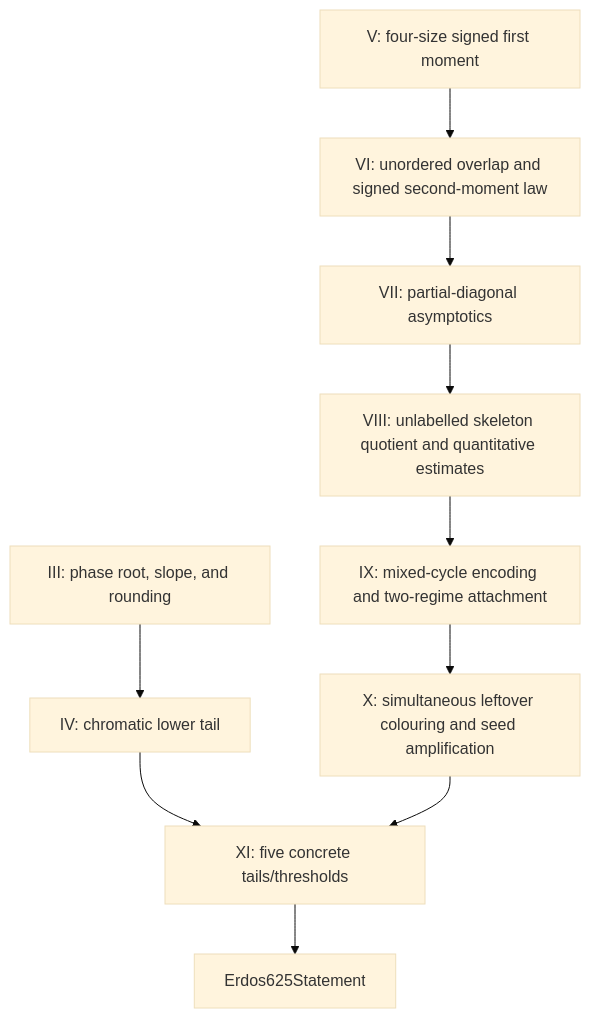
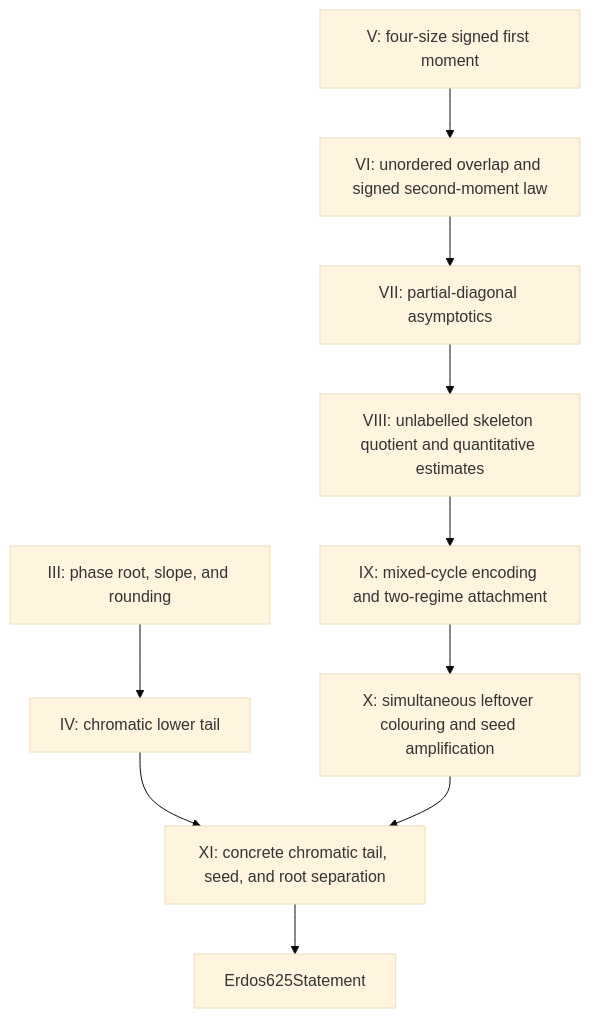
Before and after one commit to SamPetkov/Erdos: the diagram in 625/formalization/REMAINING_FORMALIZATION_PLAN_2026-07-16.md, drawn with Mermaid (base theme). The commit also changed other lines of this file and 14 other files, not shown here.

````diff
--- a/625/formalization/REMAINING_FORMALIZATION_PLAN_2026-07-16.md
+++ b/625/formalization/REMAINING_FORMALIZATION_PLAN_2026-07-16.md
@@ -54,23 +56,23 @@
 ```mermaid
 flowchart TD
   P3["III: phase root, slope, and rounding"]
   P4["IV: chromatic lower tail"]
   P5["V: four-size signed first moment"]
   P6["VI: unordered overlap and signed second-moment law"]
   P7["VII: partial-diagonal asymptotics"]
   P8["VIII: unlabelled skeleton quotient and quantitative estimates"]
   P9["IX: mixed-cycle encoding and two-regime attachment"]
   X["X: simultaneous leftover colouring and seed amplification"]
-  F["XI: five concrete tails/thresholds"]
+  F["XI: concrete chromatic tail, seed, and root separation"]
   T["Erdos625Statement"]
 
   P3 --> P4
   P5 --> P6
   P6 --> P7
   P7 --> P8
   P8 --> P9
   P9 --> X
   P4 --> F
   X --> F
   F --> T
 ```
````
